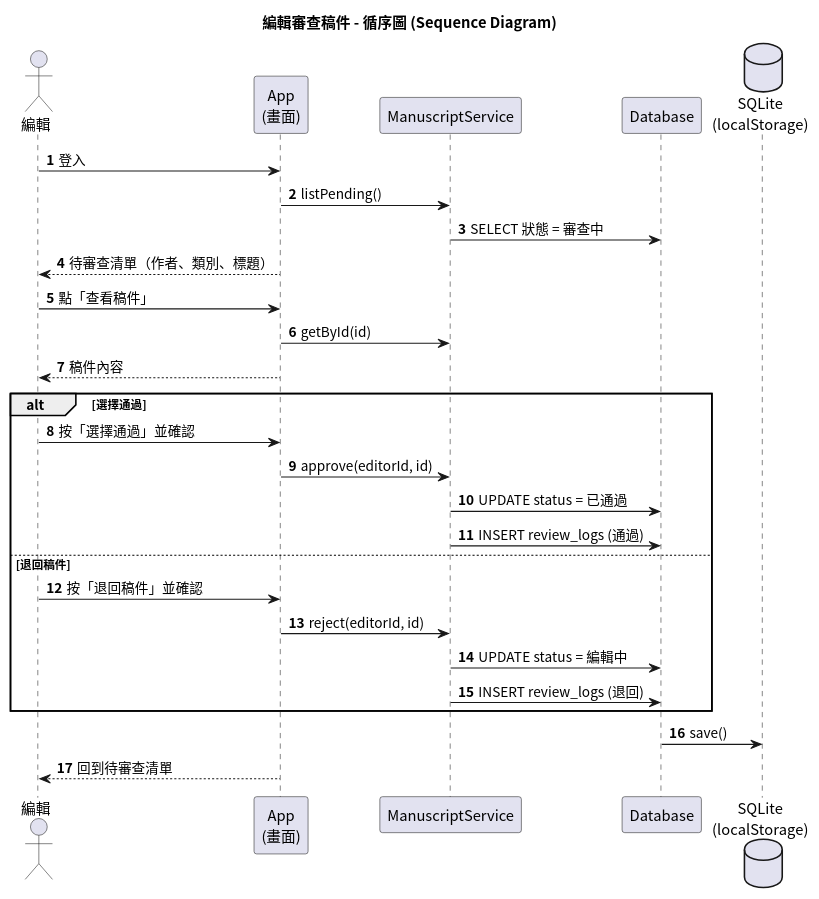
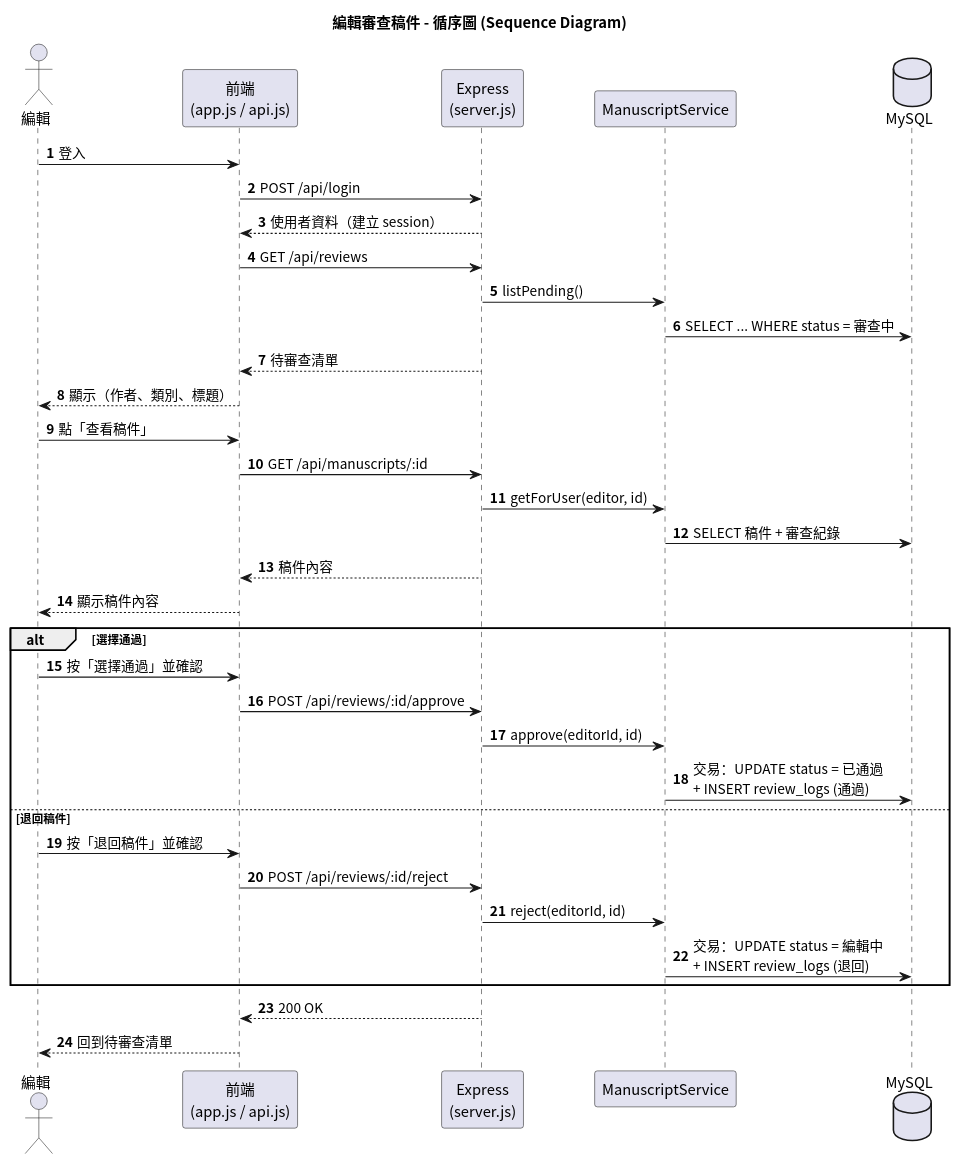
Before and after one commit to 617-lyx/1151se_mid: the diagram in docs/uml/05_sequence_editor.puml, drawn with PlantUML. The commit also changed 29 other files, not shown here.

Commit message:
改用 Node.js + Express + MySQL：新增後端 REST API、MySQL schema，更新 UML 圖

```diff
--- a/docs/uml/05_sequence_editor.puml
+++ b/docs/uml/05_sequence_editor.puml
@@ -1,33 +1,40 @@
 @startuml 05_sequence_editor
 skinparam defaultFontName "Noto Sans CJK TC"
 skinparam shadowing false
 skinparam backgroundColor white
 title 編輯審查稿件 - 循序圖 (Sequence Diagram)
 autonumber
 actor 編輯
-participant "App\n(畫面)" as App
+participant "前端\n(app.js / api.js)" as FE
+participant "Express\n(server.js)" as API
 participant ManuscriptService as S
-participant Database as DB
-database "SQLite\n(localStorage)" as LS
+database MySQL as DB
 
-編輯 -> App : 登入
-App -> S : listPending()
-S -> DB : SELECT 狀態 = 審查中
-App --> 編輯 : 待審查清單（作者、類別、標題）
-編輯 -> App : 點「查看稿件」
-App -> S : getById(id)
-App --> 編輯 : 稿件內容
+編輯 -> FE : 登入
+FE -> API : POST /api/login
+API --> FE : 使用者資料（建立 session）
+FE -> API : GET /api/reviews
+API -> S : listPending()
+S -> DB : SELECT ... WHERE status = 審查中
+API --> FE : 待審查清單
+FE --> 編輯 : 顯示（作者、類別、標題）
+編輯 -> FE : 點「查看稿件」
+FE -> API : GET /api/manuscripts/:id
+API -> S : getForUser(editor, id)
+S -> DB : SELECT 稿件 + 審查紀錄
+API --> FE : 稿件內容
+FE --> 編輯 : 顯示稿件內容
 alt 選擇通過
-  編輯 -> App : 按「選擇通過」並確認
-  App -> S : approve(editorId, id)
-  S -> DB : UPDATE status = 已通過
-  S -> DB : INSERT review_logs (通過)
+  編輯 -> FE : 按「選擇通過」並確認
+  FE -> API : POST /api/reviews/:id/approve
+  API -> S : approve(editorId, id)
+  S -> DB : 交易：UPDATE status = 已通過\n+ INSERT review_logs (通過)
 else 退回稿件
-  編輯 -> App : 按「退回稿件」並確認
-  App -> S : reject(editorId, id)
-  S -> DB : UPDATE status = 編輯中
-  S -> DB : INSERT review_logs (退回)
+  編輯 -> FE : 按「退回稿件」並確認
+  FE -> API : POST /api/reviews/:id/reject
+  API -> S : reject(editorId, id)
+  S -> DB : 交易：UPDATE status = 編輯中\n+ INSERT review_logs (退回)
 end
-DB -> LS : save()
-App --> 編輯 : 回到待審查清單
+API --> FE : 200 OK
+FE --> 編輯 : 回到待審查清單
 @enduml
```
